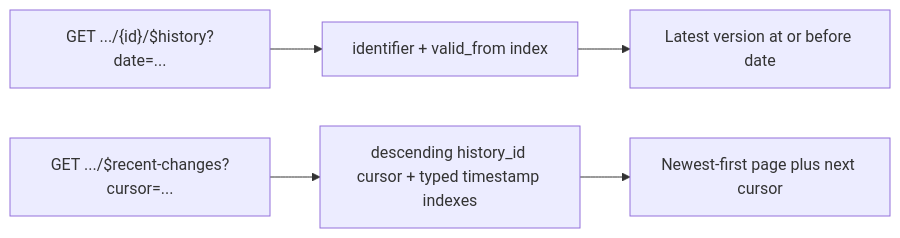
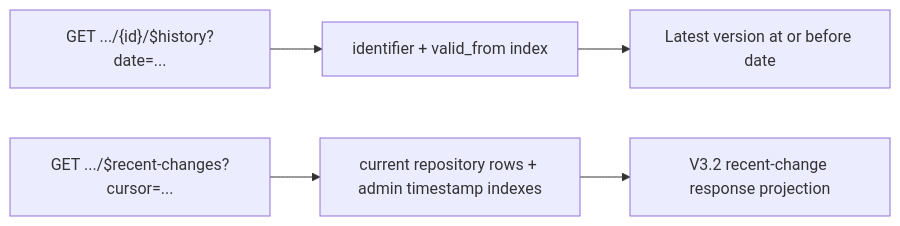
The third of 3 diagrams in docu/developer/aas_v3_2_runtime.md (eclipse-basyx/basyx-go-components), drawn with Mermaid before and after one commit. The commit also changed other lines of this file and 186 other files, not shown here.

````diff
--- a/docu/developer/aas_v3_2_runtime.md
+++ b/docu/developer/aas_v3_2_runtime.md
@@ -372,7 +372,7 @@
 ```mermaid
 flowchart LR
     Historical["GET .../{id}/$history?date=..."] --> Validity["identifier + valid_from index"]
     Validity --> Snapshot["Latest version at or before date"]
-    Recent["GET .../$recent-changes?cursor=..."] --> Cursor["descending history_id cursor + typed timestamp indexes"]
-    Cursor --> Page["Newest-first page plus next cursor"]
+    Recent["GET .../$recent-changes?cursor=..."] --> Current["current repository rows + admin timestamp indexes"]
+    Current --> Projection["V3.2 recent-change response projection"]
 ```
````
